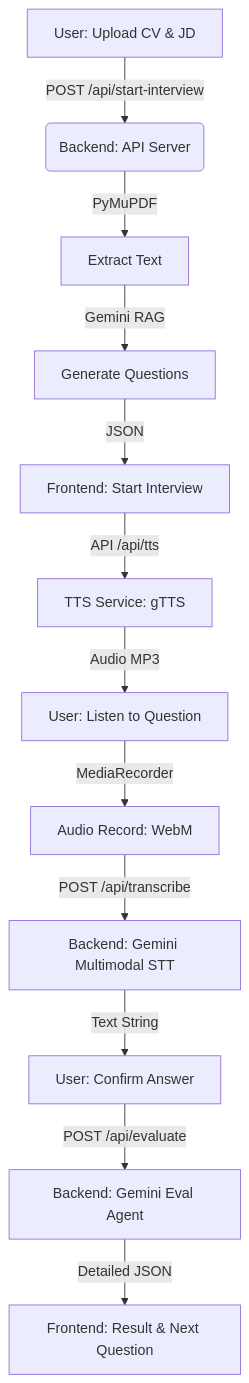
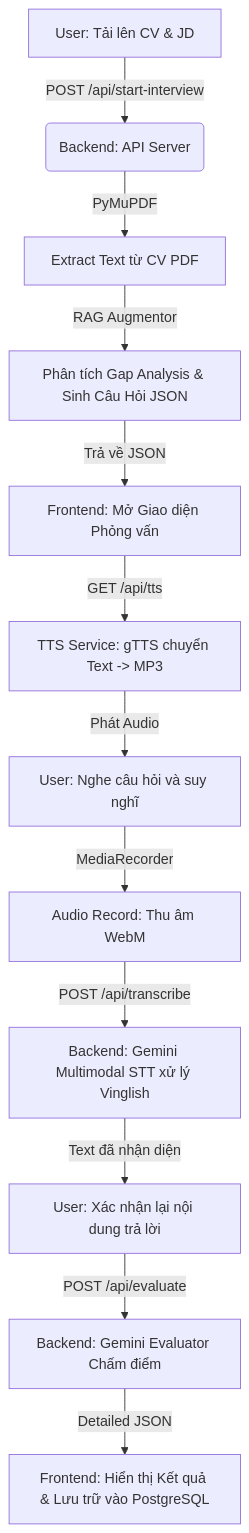
The diagram in README.md (TQThang2004/interview), drawn with Mermaid before and after one commit. The commit also changed other lines of this file, not shown here.

Commit message:
docs: Update project structure and RAG pipeline in README

````diff
--- a/README.md
+++ b/README.md
@@ -41,14 +49,14 @@
 ```mermaid
 graph TD
-    A[User: Upload CV & JD] -->|POST /api/start-interview| B(Backend: API Server)
-    B -->|PyMuPDF| C[Extract Text]
-    C -->|Gemini RAG| D[Generate Questions]
-    D -->|JSON| E[Frontend: Start Interview]
-    E -->|API /api/tts| F[TTS Service: gTTS]
-    F -->|Audio MP3| G[User: Listen to Question]
-    G -->|MediaRecorder| H[Audio Record: WebM]
-    H -->|POST /api/transcribe| I[Backend: Gemini Multimodal STT]
-    I -->|Text String| J[User: Confirm Answer]
-    J -->|POST /api/evaluate| K[Backend: Gemini Eval Agent]
-    K -->|Detailed JSON| L[Frontend: Result & Next Question]
+    A[User: Tải lên CV & JD] -->|POST /api/start-interview| B(Backend: API Server)
+    B -->|PyMuPDF| C[Extract Text từ CV PDF]
+    C -->|RAG Augmentor| D[Phân tích Gap Analysis & Sinh Câu Hỏi JSON]
+    D -->|Trả về JSON| E[Frontend: Mở Giao diện Phỏng vấn]
+    E -->|GET /api/tts| F[TTS Service: gTTS chuyển Text -> MP3]
+    F -->|Phát Audio| G[User: Nghe câu hỏi và suy nghĩ]
+    G -->|MediaRecorder| H[Audio Record: Thu âm WebM]
+    H -->|POST /api/transcribe| I[Backend: Gemini Multimodal STT xử lý Vinglish]
+    I -->|Text đã nhận diện| J[User: Xác nhận lại nội dung trả lời]
+    J -->|POST /api/evaluate| K[Backend: Gemini Evaluator Chấm điểm]
+    K -->|Detailed JSON| L[Frontend: Hiển thị Kết quả & Lưu trữ vào PostgreSQL]
 ```
````
